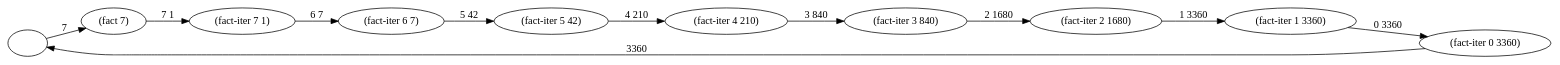
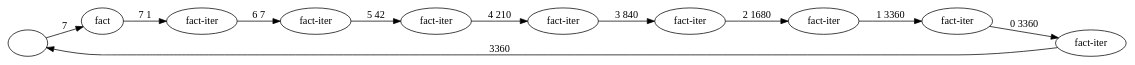
Before and after one commit to johnlawrenceaspden/hobby-code: the diagram in villiers-park/algorithms/fact-iter.dot, drawn with Graphviz. The commit also changed 3 other files, not shown here.

```diff
--- a/villiers-park/algorithms/fact-iter.dot
+++ b/villiers-park/algorithms/fact-iter.dot
@@ -1,27 +1,27 @@
 digraph G {
 
 rankdir=LR
 
 call      [label=""]
-fact7     [label="(fact 7)"]
-factiter7 [label="(fact-iter 7 1)"]    
-factiter6 [label="(fact-iter 6 7)"]    
-factiter5 [label="(fact-iter 5 42)"]   
-factiter4 [label="(fact-iter 4 210)"]  
-factiter3 [label="(fact-iter 3 840)"]  
-factiter2 [label="(fact-iter 2 1680)"] 
-factiter1 [label="(fact-iter 1 3360)"] 
-factiter0 [label="(fact-iter 0 3360)"] 
+fact7     [label="fact"]
+factiter7 [label="fact-iter"]    
+factiter6 [label="fact-iter"]    
+factiter5 [label="fact-iter"]   
+factiter4 [label="fact-iter"]  
+factiter3 [label="fact-iter"]  
+factiter2 [label="fact-iter"] 
+factiter1 [label="fact-iter"] 
+factiter0 [label="fact-iter"] 
 
 call->fact7            [label="7"]
 fact7->factiter7       [label="7 1"]    
 factiter7->factiter6   [label="6 7"]    
 factiter6->factiter5   [label="5 42"]   
 factiter5->factiter4   [label="4 210"]  
 factiter4->factiter3   [label="3 840"]  
 factiter3->factiter2   [label="2 1680"] 
 factiter2->factiter1   [label="1 3360"] 
 factiter1->factiter0   [label="0 3360"] 
 factiter0->call        [label="3360"]               
 
 }
```
